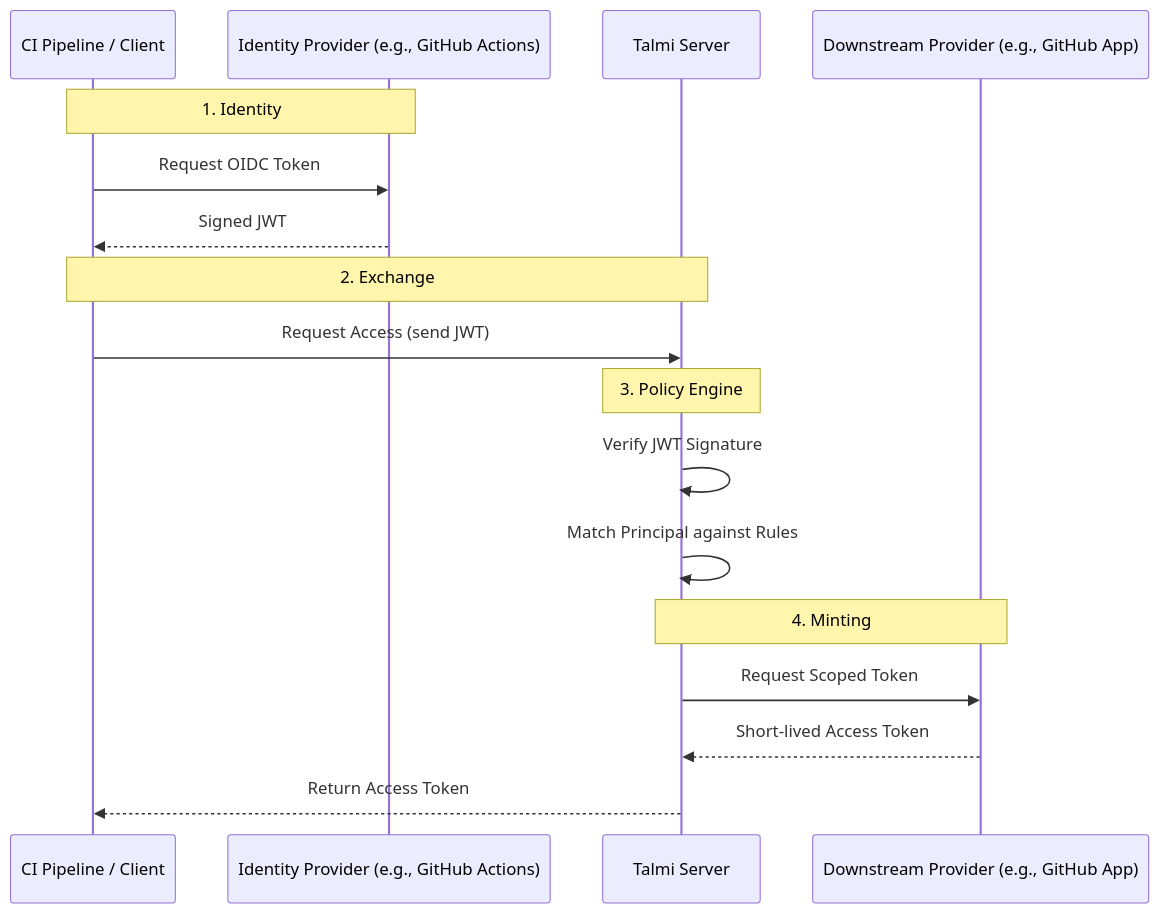
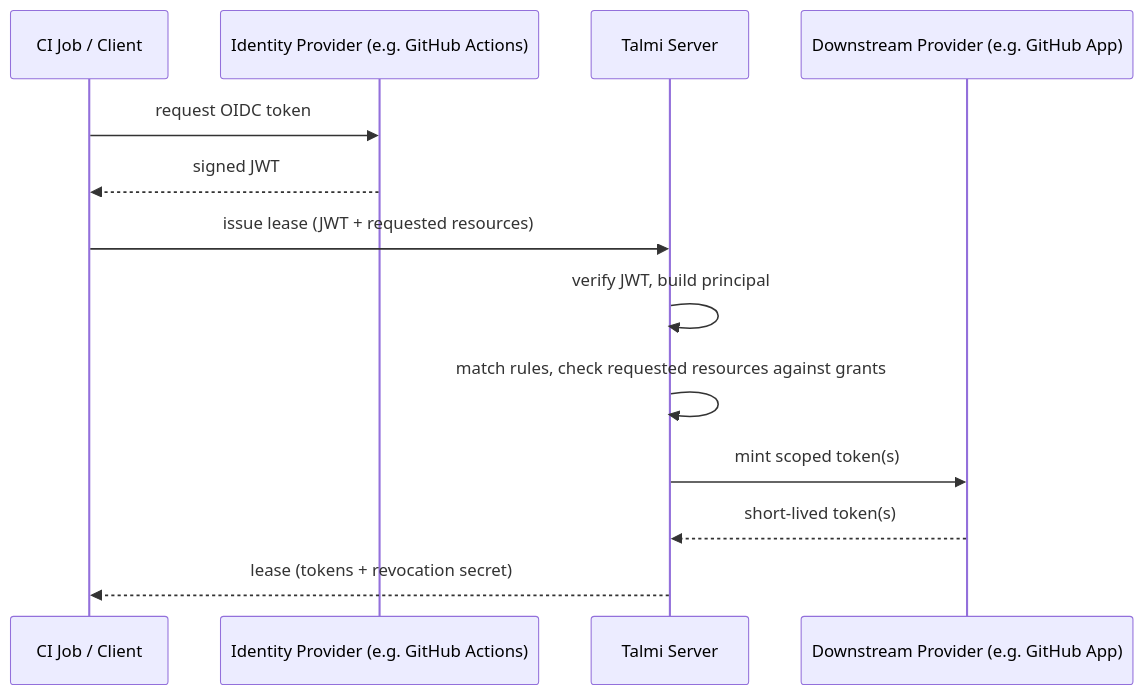
One commit to darmiel/talmi changed the diagram in README.md. Above: the diagram before and after it, drawn with Mermaid. The commit also changed other lines of this file, not shown here.

````diff
--- a/README.md
+++ b/README.md
@@ -341,24 +26,17 @@
 ```mermaid
 sequenceDiagram
-    participant Client as CI Pipeline / Client
-    participant IdP as Identity Provider (e.g., GitHub Actions)
+    participant Client as CI Job / Client
+    participant IdP as Identity Provider (e.g. GitHub Actions)
     participant Talmi as Talmi Server
-    participant Provider as Downstream Provider (e.g., GitHub App)
+    participant Provider as Downstream Provider (e.g. GitHub App)
 
-    Note over Client, IdP: 1. Identity
-    Client->>IdP: Request OIDC Token
-    IdP-->>Client: Signed JWT
+    Client->>IdP: request OIDC token
+    IdP-->>Client: signed JWT
 
-    Note over Client, Talmi: 2. Exchange
-    Client->>Talmi: Request Access (send JWT)
-    
-    Note over Talmi: 3. Policy Engine
-    Talmi->>Talmi: Verify JWT Signature
-    Talmi->>Talmi: Match Principal against Rules
-    
-    Note over Talmi, Provider: 4. Minting
-    Talmi->>Provider: Request Scoped Token
-    Provider-->>Talmi: Short-lived Access Token
-
-    Talmi-->>Client: Return Access Token
+    Client->>Talmi: issue lease (JWT + requested resources)
+    Talmi->>Talmi: verify JWT, build principal
+    Talmi->>Talmi: match rules, check requested resources against grants
+    Talmi->>Provider: mint scoped token(s)
+    Provider-->>Talmi: short-lived token(s)
+    Talmi-->>Client: lease (tokens + revocation secret)
 ```
````
